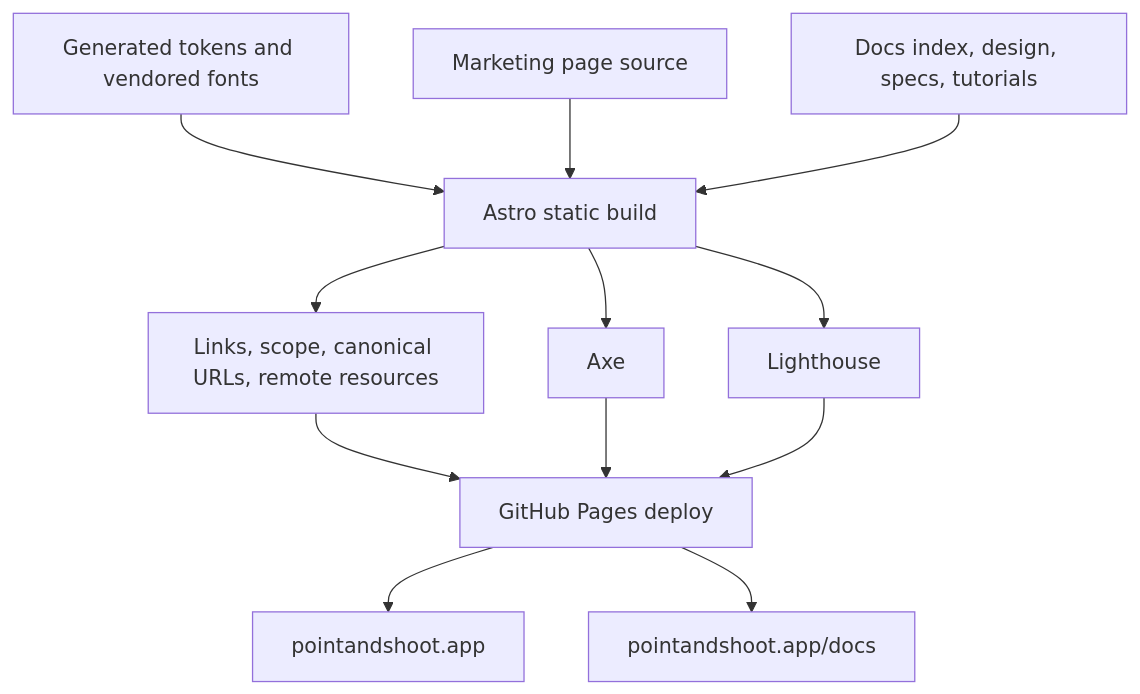
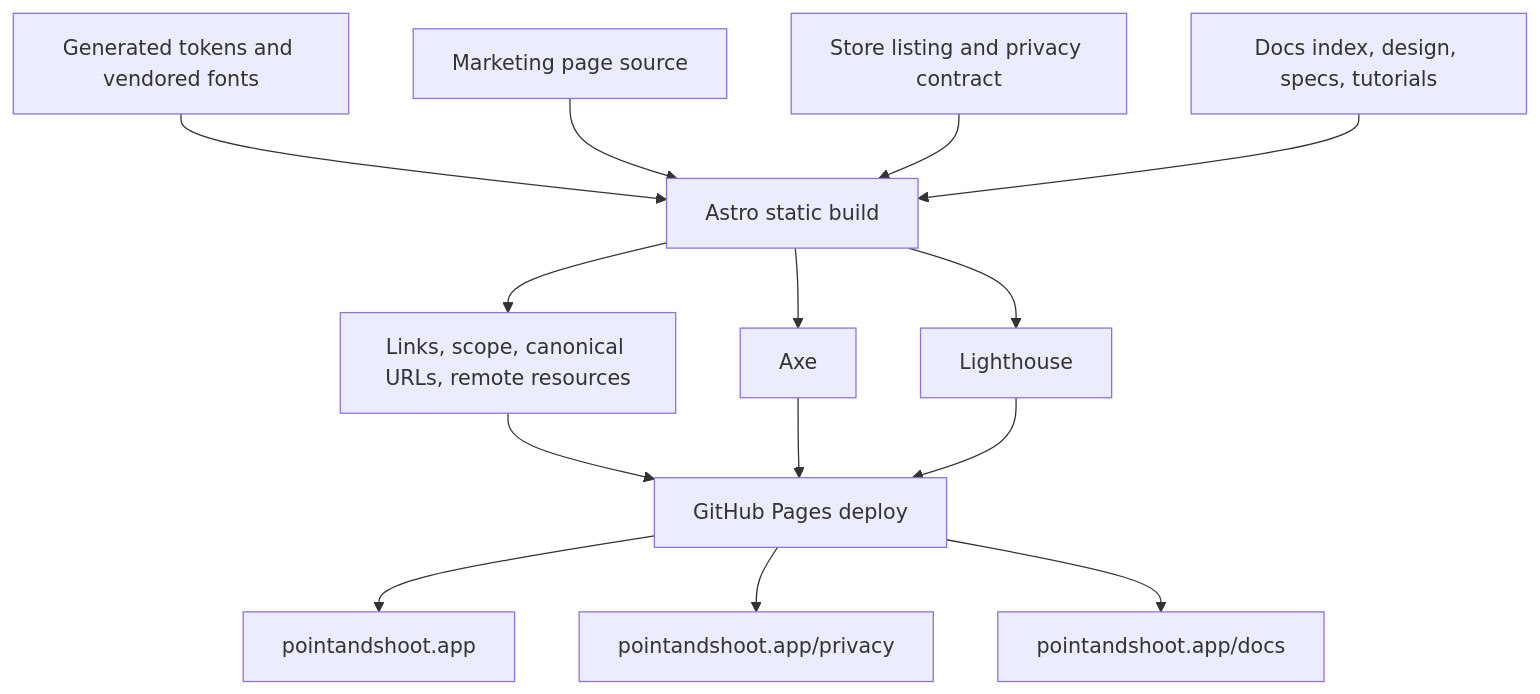
The diagram in docs/specs/website-and-published-docs.md (whizzzkid/point-and-shoot), drawn with Mermaid before and after one commit. The commit also changed other lines of this file and 7 other files, not shown here.

````diff
--- a/docs/specs/website-and-published-docs.md
+++ b/docs/specs/website-and-published-docs.md
@@ -103,14 +107,16 @@
 ```mermaid
 flowchart TD
     Design[Generated tokens and vendored fonts] --> Astro[Astro static build]
     Marketing[Marketing page source] --> Astro
+    StoreContract[Store listing and privacy contract] --> Astro
     Docs[Docs index, design, specs, tutorials] --> Astro
     Astro --> Integrity[Links, scope, canonical URLs, remote resources]
     Astro --> Accessibility[Axe]
     Astro --> Lighthouse[Lighthouse]
     Integrity --> Deploy[GitHub Pages deploy]
     Accessibility --> Deploy
     Lighthouse --> Deploy
     Deploy --> Root[pointandshoot.app]
+    Deploy --> Privacy[pointandshoot.app/privacy]
     Deploy --> PublishedDocs[pointandshoot.app/docs]
 ```
````
